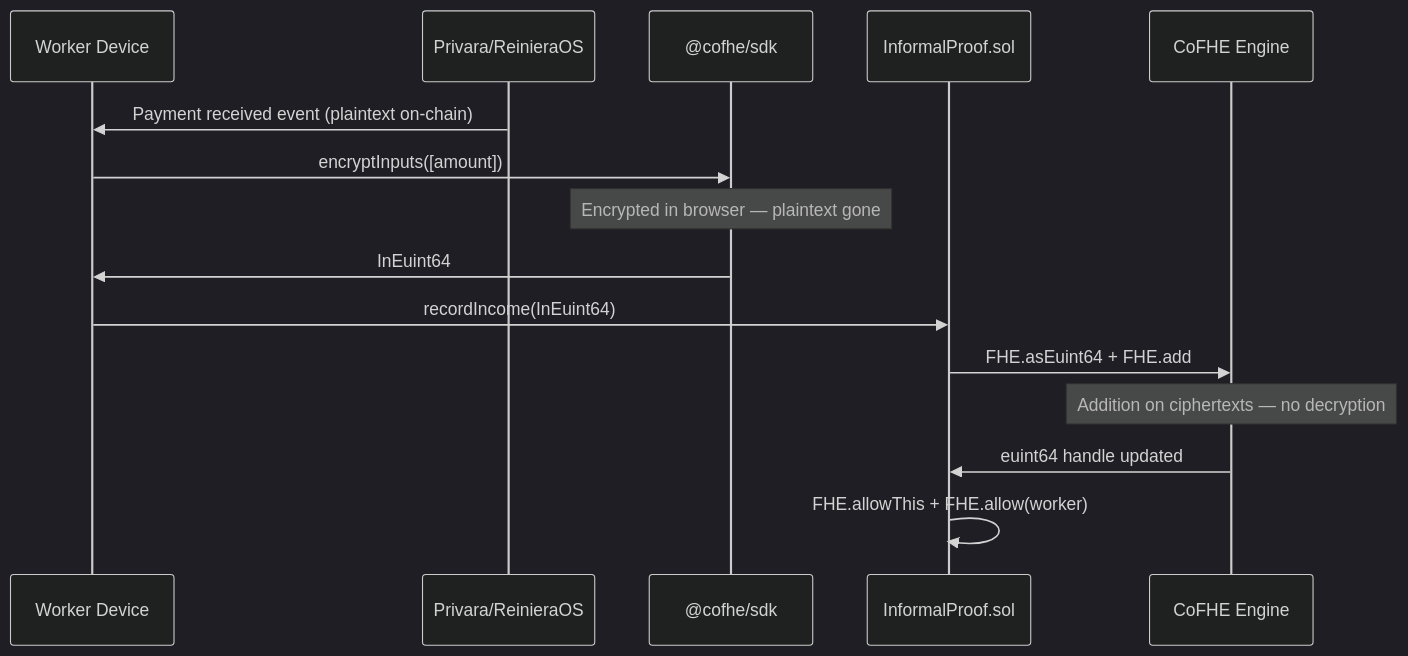
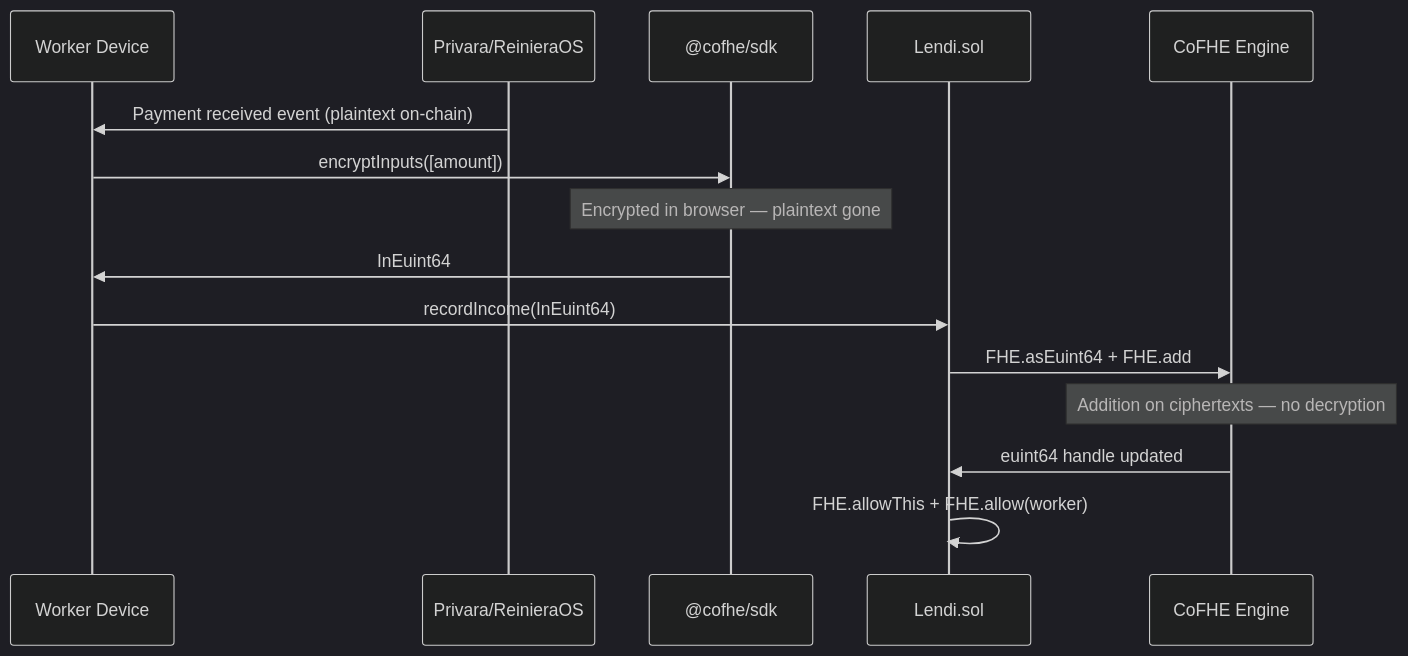
One commit to InformalProof/documentation changed the second of 5 diagrams in ARCHITECTURE.md. Above: the diagram before and after it, drawn with Mermaid (dark theme). The commit also changed other lines of this file and 7 other files, not shown here.

First line of the commit message:
Refactor project documentation to reflect rebranding from InformalProof to Lendi

````diff
--- a/ARCHITECTURE.md
+++ b/ARCHITECTURE.md
@@ -50,18 +49,18 @@
 ```mermaid
 sequenceDiagram
     participant W as Worker Device
     participant P as Privara/ReinieraOS
     participant SDK as @cofhe/sdk
-    participant C as InformalProof.sol
+    participant C as Lendi.sol
     participant FHE as CoFHE Engine
 
     P->>W: Payment received event (plaintext on-chain)
     W->>SDK: encryptInputs([amount])
     Note over SDK: Encrypted in browser — plaintext gone
     SDK->>W: InEuint64
     W->>C: recordIncome(InEuint64)
     C->>FHE: FHE.asEuint64 + FHE.add
     Note over FHE: Addition on ciphertexts — no decryption
     FHE->>C: euint64 handle updated
     C->>C: FHE.allowThis + FHE.allow(worker)
 ```
````
